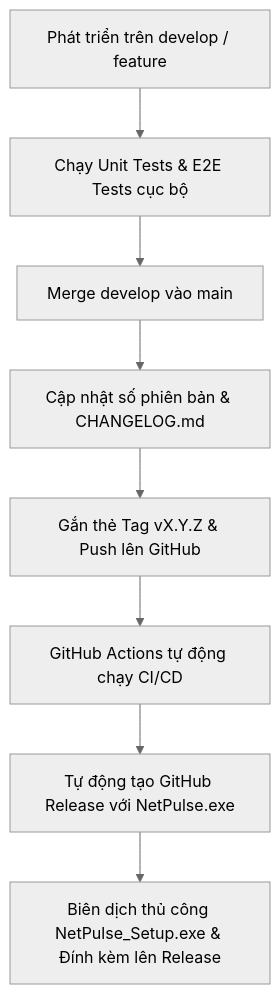
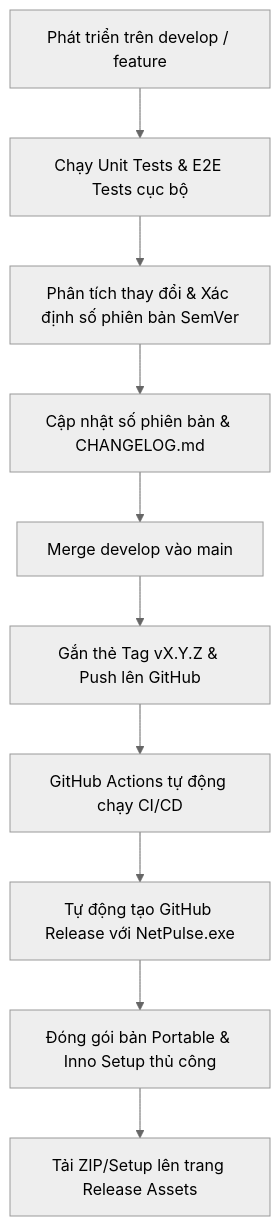
One commit to hoanghonghuy/NetPulse changed the diagram in docs/release_process.md. Above: the diagram before and after it, drawn with Mermaid (neutral theme). The commit also changed other lines of this file and 1 other file, not shown here.

Commit message:
chore: add release zip ignore and update release process docs with SemVer analysis

````diff
--- a/docs/release_process.md
+++ b/docs/release_process.md
@@ -9,10 +9,12 @@
 ```mermaid
 graph TD
     A[Phát triển trên develop / feature] --> B[Chạy Unit Tests & E2E Tests cục bộ]
-    B --> C[Merge develop vào main]
+    B --> C[Phân tích thay đổi & Xác định số phiên bản SemVer]
     C --> D[Cập nhật số phiên bản & CHANGELOG.md]
-    D --> E[Gắn thẻ Tag vX.Y.Z & Push lên GitHub]
-    E --> F[GitHub Actions tự động chạy CI/CD]
-    F --> G[Tự động tạo GitHub Release với NetPulse.exe]
-    G --> H[Biên dịch thủ công NetPulse_Setup.exe & Đính kèm lên Release]
+    D --> E[Merge develop vào main]
+    E --> F[Gắn thẻ Tag vX.Y.Z & Push lên GitHub]
+    F --> G[GitHub Actions tự động chạy CI/CD]
+    G --> H[Tự động tạo GitHub Release với NetPulse.exe]
+    H --> I[Đóng gói bản Portable & Inno Setup thủ công]
+    I --> J[Tải ZIP/Setup lên trang Release Assets]
 ```
````
